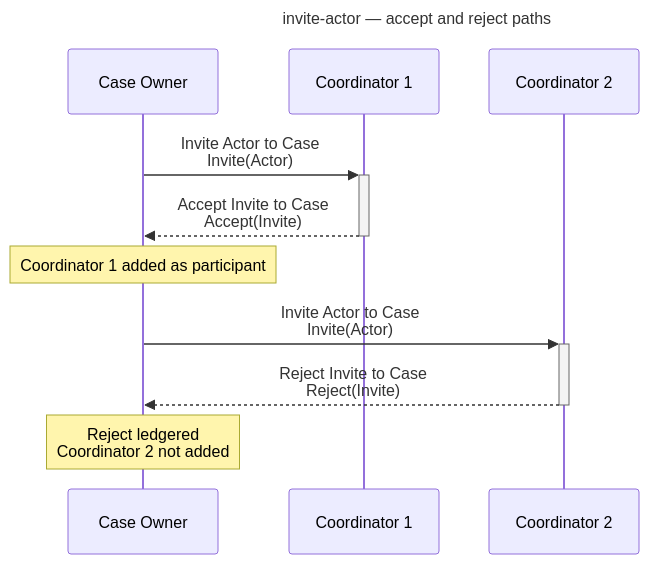
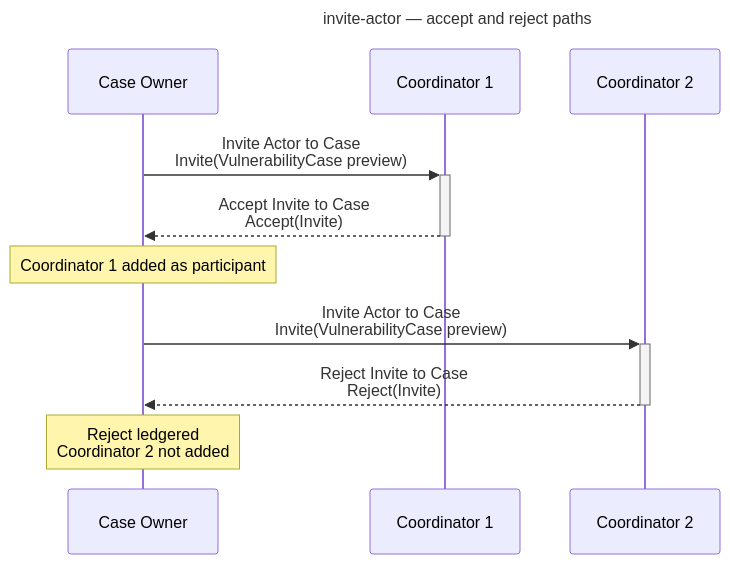
Before and after one commit to CERTCC/Vultron: the first of 9 diagrams in docs/tutorials/other_demos.md, drawn with Mermaid. The commit also changed other lines of this file and 129 other files, not shown here.

First line of the commit message:
test, docs, specs: move case Invites to AS2 slots and the stub to the preview

````diff
--- a/docs/tutorials/other_demos.md
+++ b/docs/tutorials/other_demos.md
@@ -108,17 +108,17 @@
 ```mermaid
 ---
 title: invite-actor — accept and reject paths
 ---
 sequenceDiagram
     participant O as Case Owner
     participant C1 as Coordinator 1
     participant C2 as Coordinator 2
 
-    O->>+C1: Invite Actor to Case<br/>Invite(Actor)
+    O->>+C1: Invite Actor to Case<br/>Invite(VulnerabilityCase preview)
     C1-->>-O: Accept Invite to Case<br/>Accept(Invite)
     Note over O: Coordinator 1 added as participant
 
-    O->>+C2: Invite Actor to Case<br/>Invite(Actor)
+    O->>+C2: Invite Actor to Case<br/>Invite(VulnerabilityCase preview)
     C2-->>-O: Reject Invite to Case<br/>Reject(Invite)
     Note over O: Reject ledgered<br/>Coordinator 2 not added
 ```
````
